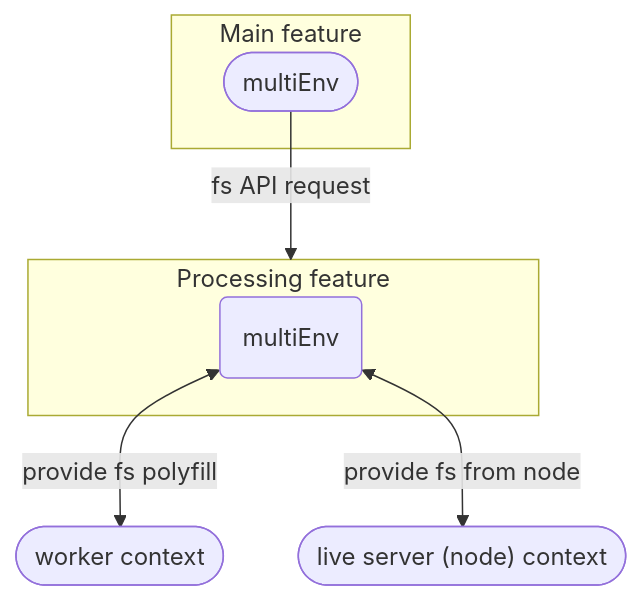
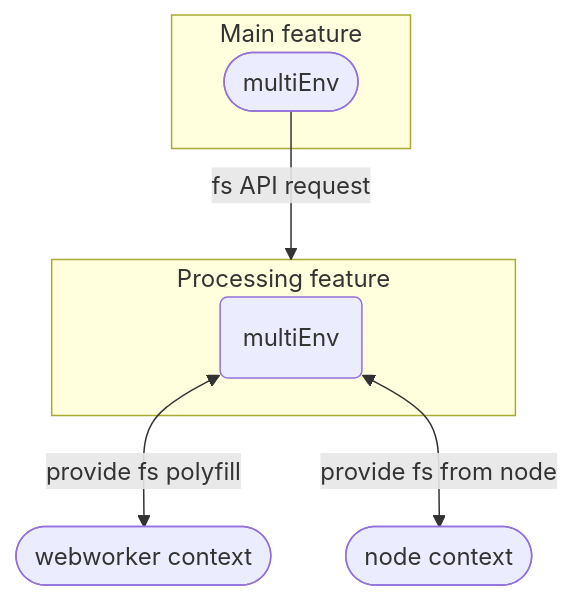
One commit to wixplosives/engine changed the diagram in docs/examples.best_practices.multi_env.md. Above: the diagram before and after it, drawn with Mermaid. The commit also changed other lines of this file and 38 other files, not shown here.

Commit message:
refactor!: worker -> webworker preparing for node worker threads envs

````diff
--- a/docs/examples.best_practices.multi_env.md
+++ b/docs/examples.best_practices.multi_env.md
@@ -17,15 +17,15 @@
 ```mermaid
 flowchart TD
     mainEnv([multiEnv])-- "fs API request" -->processing
 
     subgraph main[Main feature]
         mainEnv([multiEnv])
     end
 
     subgraph processing[Processing feature]
         processingEnv(multiEnv)
     end
 
-    processingEnv -- provide fs polyfill <--> worker(["worker context"])
-    processingEnv -- provide fs from node <--> node(["live server (node) context"])
+    processingEnv -- provide fs polyfill <--> webworker(["webworker context"])
+    processingEnv -- provide fs from node <--> node(["node context"])
 ```
````
